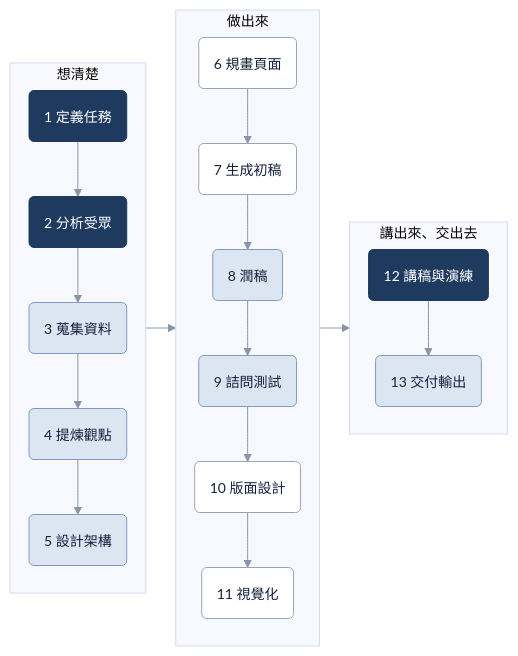
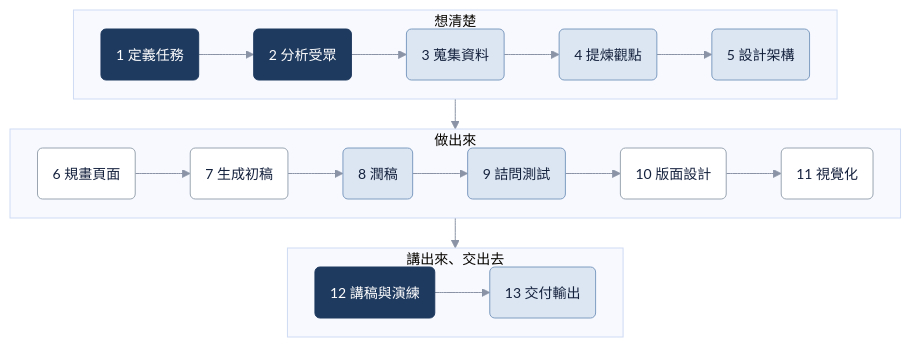
One commit to chengwesley/ai-presentation-master changed the diagram in README.md. Above: the diagram before and after it, drawn with Mermaid. The commit also changed 1 other file, not shown here.

Commit message:
README: lay out process diagram as horizontal rows

````diff
--- a/README.md
+++ b/README.md
@@ -67,24 +67,24 @@
 ```mermaid
 %%{init: {'theme':'base','themeVariables':{'fontSize':'14px','lineColor':'#8A94A6'},'flowchart':{'nodeSpacing':18,'rankSpacing':30}}}%%
-flowchart LR
+flowchart TB
     subgraph T["想清楚"]
-        direction TB
+        direction LR
         S1("1 定義任務") --> S2("2 分析受眾") --> S3("3 蒐集資料") --> S4("4 提煉觀點") --> S5("5 設計架構")
     end
     subgraph M["做出來"]
-        direction TB
+        direction LR
         S6("6 規畫頁面") --> S7("7 生成初稿") --> S8("8 潤稿") --> S9("9 詰問測試") --> S10("10 版面設計") --> S11("11 視覺化")
     end
     subgraph D["講出來、交出去"]
-        direction TB
+        direction LR
         S12("12 講稿與演練") --> S13("13 交付輸出")
     end
     T --> M --> D
 
     classDef human fill:#1F3A5F,stroke:#1F3A5F,color:#FFFFFF
     classDef co fill:#DCE6F2,stroke:#7E9CC0,color:#14213D
     classDef ai fill:#FFFFFF,stroke:#9AA5B1,color:#14213D
     class S1,S2,S12 human
     class S3,S4,S5,S8,S9,S13 co
     class S6,S7,S10,S11 ai
 ```
````
